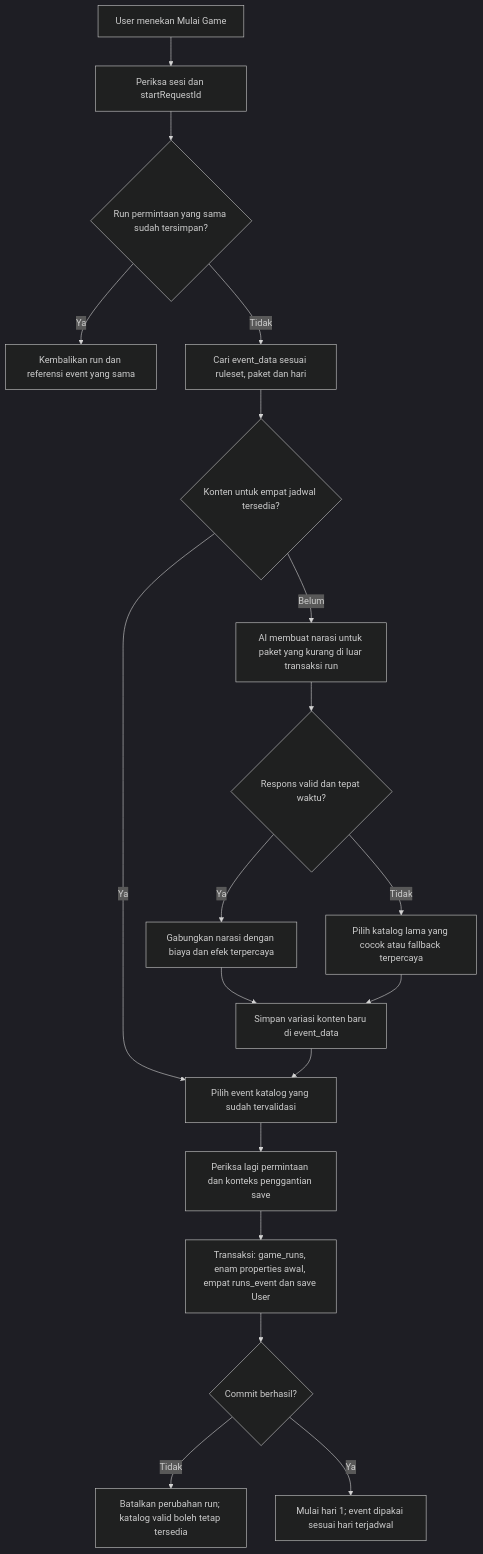
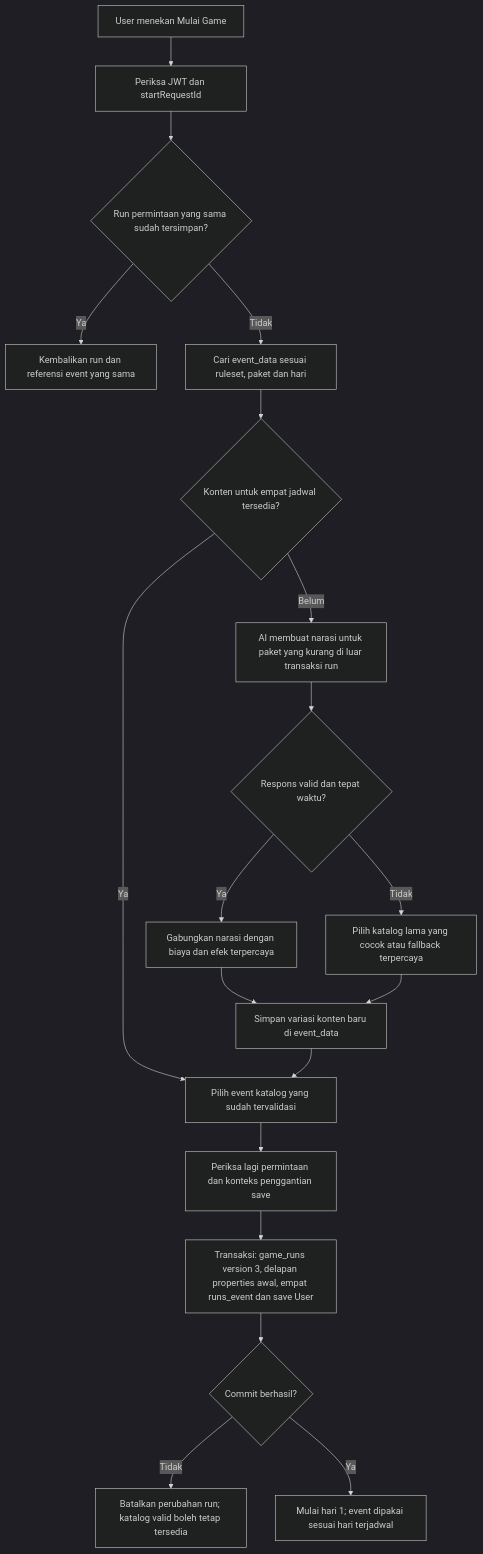
The fifth of 6 diagrams in docs/database/FLOW_DATABASE.md (Three-Musketeers-Hacktiv/Final-Project), drawn with Mermaid (dark theme) before and after one commit. The commit also changed other lines of this file and 7 other files, not shown here.

First line of the commit message:
feat(docs): update database documentation and schema for Fantasy City Defense

````diff
--- a/docs/database/FLOW_DATABASE.md
+++ b/docs/database/FLOW_DATABASE.md
@@ -145,21 +145,21 @@
 ```mermaid
 flowchart TD
-    A[User menekan Mulai Game] --> B[Periksa sesi dan startRequestId]
+    A[User menekan Mulai Game] --> B[Periksa JWT dan startRequestId]
     B --> C{Run permintaan yang sama sudah tersimpan?}
     C -->|Ya| D[Kembalikan run dan referensi event yang sama]
     C -->|Tidak| E[Cari event_data sesuai ruleset, paket dan hari]
     E --> F{Konten untuk empat jadwal tersedia?}
     F -->|Ya| G[Pilih event katalog yang sudah tervalidasi]
     F -->|Belum| H[AI membuat narasi untuk paket yang kurang di luar transaksi run]
     H --> I{Respons valid dan tepat waktu?}
     I -->|Ya| J[Gabungkan narasi dengan biaya dan efek terpercaya]
     I -->|Tidak| K[Pilih katalog lama yang cocok atau fallback terpercaya]
     J --> L[Simpan variasi konten baru di event_data]
     K --> L
     L --> G
     G --> M[Periksa lagi permintaan dan konteks penggantian save]
-    M --> N[Transaksi: game_runs, enam properties awal, empat runs_event dan save User]
+    M --> N[Transaksi: game_runs version 3, delapan properties awal, empat runs_event dan save User]
     N --> O{Commit berhasil?}
     O -->|Tidak| P[Batalkan perubahan run; katalog valid boleh tetap tersedia]
     O -->|Ya| Q[Mulai hari 1; event dipakai sesuai hari terjadwal]
 ```
````
